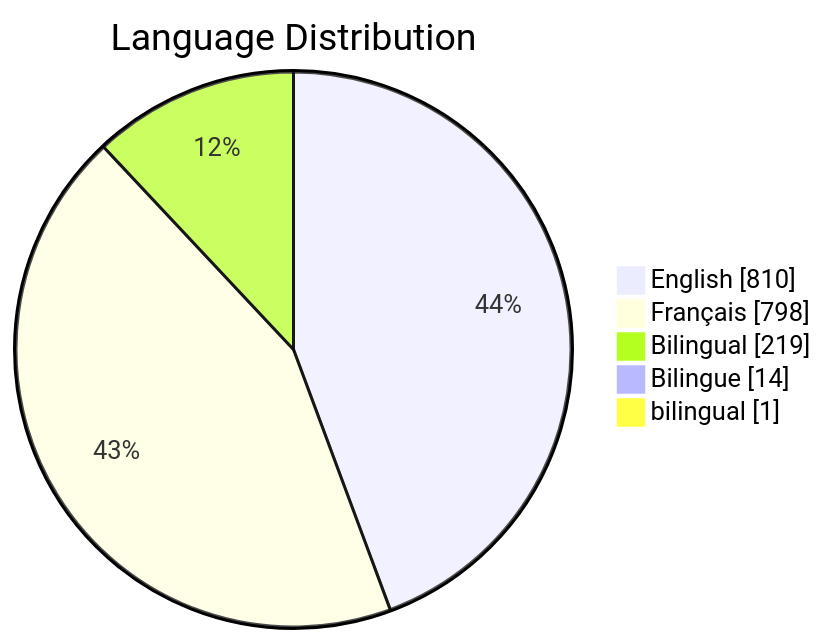
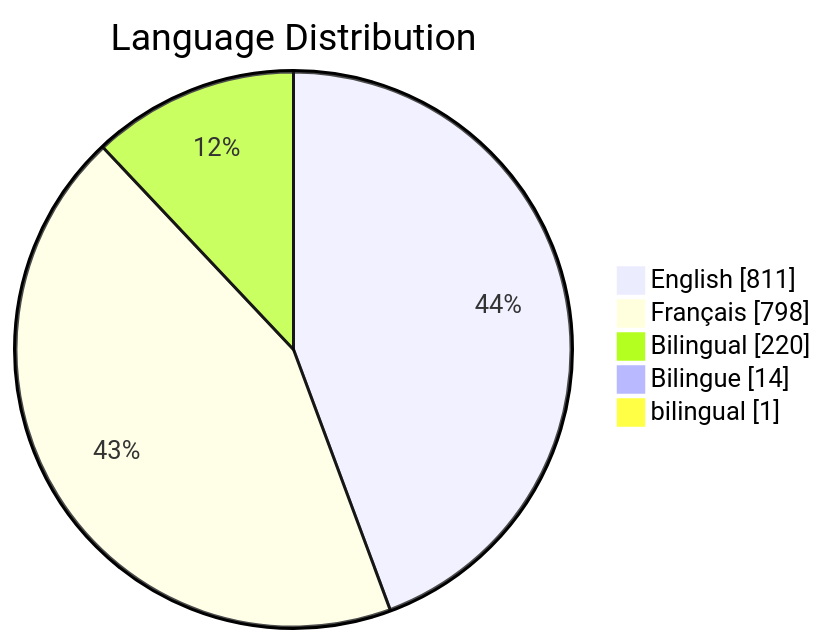
One commit to PatLittle/GC-Socials changed the third of 6 diagrams in README.md. Above: the diagram before and after it, drawn with Mermaid. The commit also changed other lines of this file, not shown here.

Commit message:
Update README with Platform Distribution pie chart

````diff
--- a/README.md
+++ b/README.md
@@ -66,8 +66,8 @@
 ```mermaid
 pie showData title Language Distribution
-    "English": 810
+    "English": 811
     "Français": 798
-    "Bilingual": 219
+    "Bilingual": 220
     "Bilingue": 14
     "bilingual": 1
 ```
````
